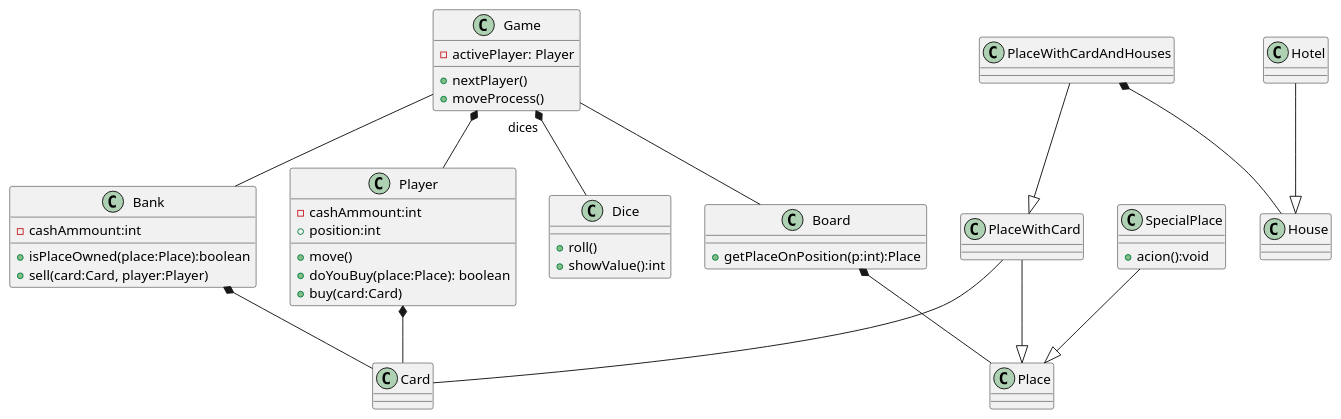
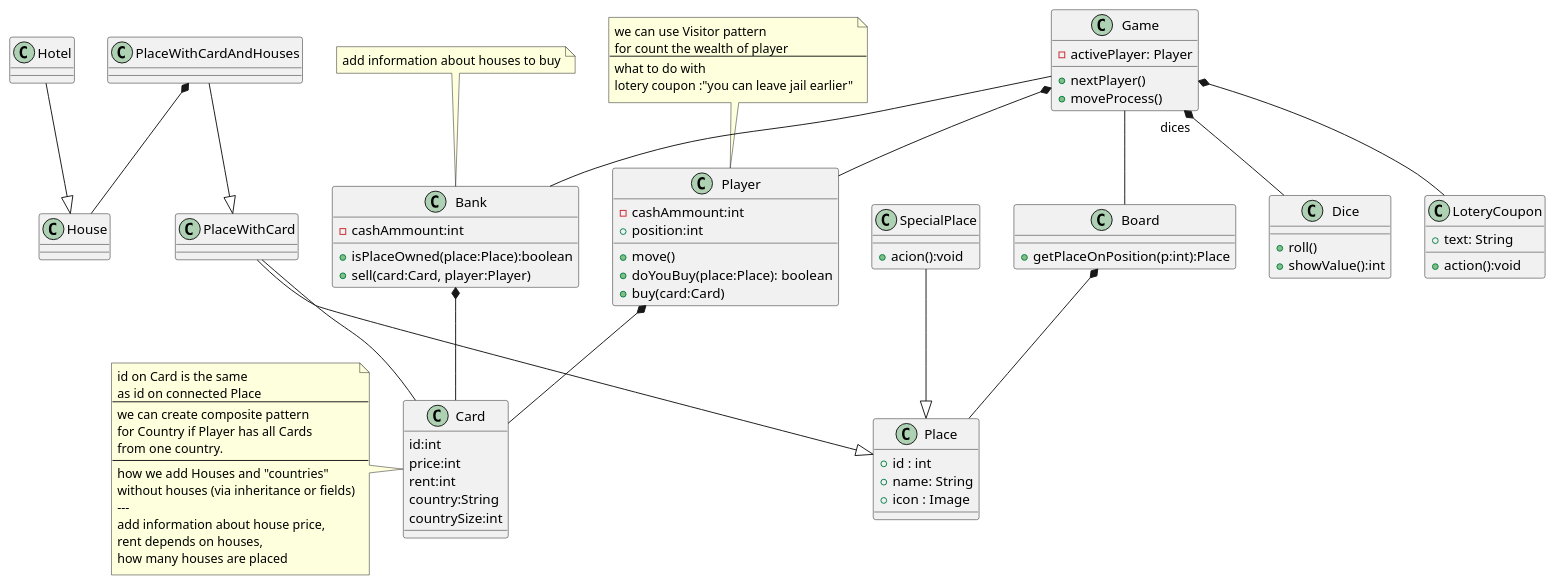
One commit to kpodlaski/ProjObj2019 changed the diagram in dzienne/gr2/monopoly/class_diagram.plantuml. Above: the diagram before and after it, drawn with PlantUML. The commit also changed 1 other file, not shown here.

```diff
--- a/dzienne/gr2/monopoly/class_diagram.plantuml
+++ b/dzienne/gr2/monopoly/class_diagram.plantuml
@@ -1,69 +1,110 @@
 @startuml
 Game "dices" *-- Dice
 Game -- Board
 Board *-- Place
 PlaceWithCard -- Card
 Player *-- Card
 Bank *-- Card
 Hotel --|> House
 PlaceWithCardAndHouses *-- House
 Game -- Bank
 Game *-- Player
 SpecialPlace --|> Place
 PlaceWithCard --|> Place
 PlaceWithCardAndHouses --|> PlaceWithCard
-
+Game *-- LoteryCoupon
 
 class Dice{
     +roll()
     +showValue():int
 }
 'Controller of the game process'
 class Game{
     -activePlayer: Player
     +nextPlayer()
     'implements move activity diagram'
     +moveProcess()
 }
 class Board{
     +getPlaceOnPosition(p:int):Place
 }
 class Bank{
     -cashAmmount:int
     +isPlaceOwned(place:Place):boolean
     /' 
         sell - operations:
         increase ammount, 
         remove card from bank,
         invoke buy on player
     '/
     +sell(card:Card, player:Player)
 }
-class Place {}
+note top
+    add information about houses to buy
+endnote 
+class Place {
+    +id : int
+    +name: String 
+    +icon : Image
+}
 
 
 class SpecialPlace {
     +acion():void
 }
 class PlaceWithCard {}
 class PlaceWithCardAndHouses {}
 
 
 
 class Player{
     -cashAmmount:int
     +position:int 
     +move()
     +doYouBuy(place:Place): boolean
     /' 
         buy - operations:
         decrease ammount, 
         add card
     '/
     +buy(card:Card)
 }
-class Card
+note top
+    we can use Visitor pattern
+    for count the wealth of player
+    ---
+    what to do with
+    lotery coupon :"you can leave jail earlier"
+endnote
+
+class Card{
+    id:int
+    price:int
+    rent:int
+    country:String
+    countrySize:int
+}
+note left
+    id on Card is the same
+    as id on connected Place
+    ---
+    we can create composite pattern
+    for Country if Player has all Cards
+    from one country.
+    ---
+    how we add Houses and "countries" 
+    without houses (via inheritance or fields)
+    --- 
+    add information about house price, 
+    rent depends on houses,
+    how many houses are placed
+end note
 class House
 class Hotel
 
+class LoteryCoupon{
+    +text: String
+    +action():void
+}
+
 @enduml
```
